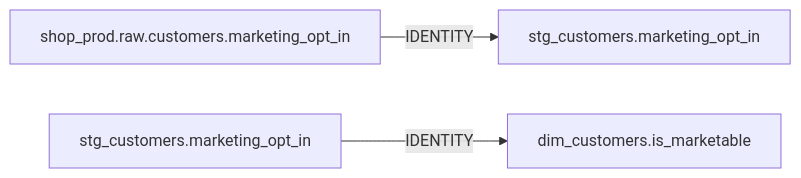
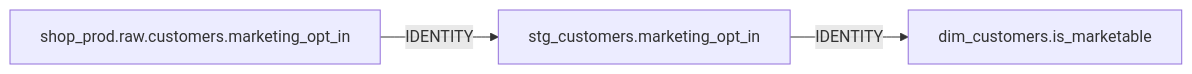
One commit to yadneshSalvi/datahub-repair-agent changed the diagram in examples/drop_marketing_opt_in/02_lineage_evidence.md. Above: the diagram before and after it, drawn with Mermaid. The commit also changed 44 other files, not shown here.

````diff
--- a/examples/drop_marketing_opt_in/02_lineage_evidence.md
+++ b/examples/drop_marketing_opt_in/02_lineage_evidence.md
@@ -3,5 +3,5 @@
 ```mermaid
 graph LR
-    n0a["shop_prod.raw.customers.marketing_opt_in"] -->|"IDENTITY"| n0b["stg_customers.marketing_opt_in"]
-    n1a["stg_customers.marketing_opt_in"] -->|"IDENTITY"| n1b["dim_customers.is_marketable"]
+    n0["shop_prod.raw.customers.marketing_opt_in"] -->|"IDENTITY"| n1["stg_customers.marketing_opt_in"]
+    n1["stg_customers.marketing_opt_in"] -->|"IDENTITY"| n2["dim_customers.is_marketable"]
 ```
````
